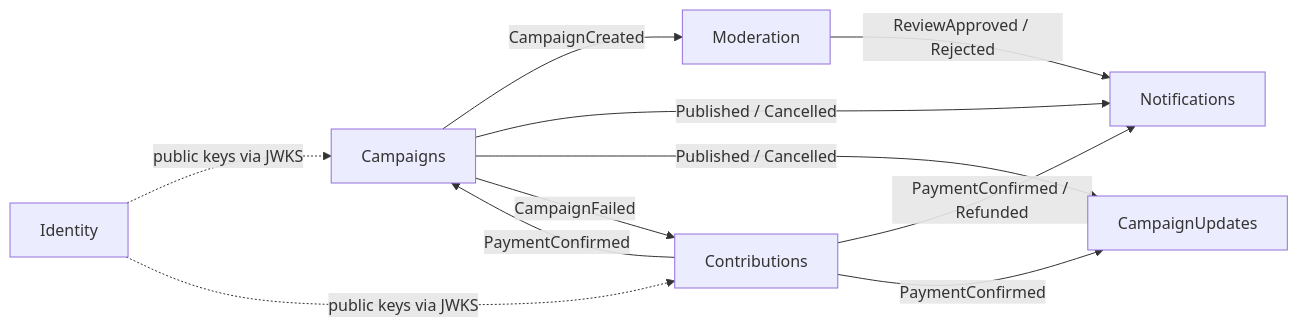
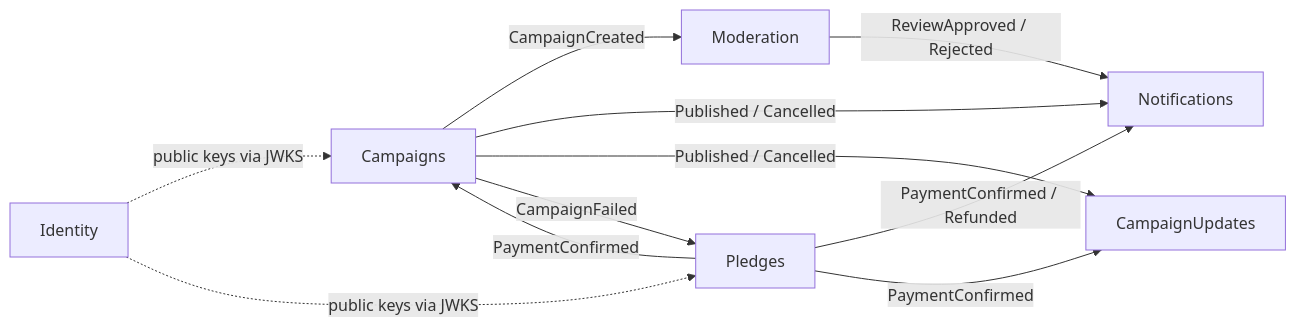
One commit to maysamgamini/crowdfundinghub changed the first of 2 diagrams in src/Modules/README.md. Above: the diagram before and after it, drawn with Mermaid. The commit also changed other lines of this file and 571 other files, not shown here.

````diff
--- a/src/Modules/README.md
+++ b/src/Modules/README.md
@@ -32,13 +32,13 @@
 ```mermaid
 flowchart LR
     Ca["Campaigns"] -- "CampaignCreated" --> Mo["Moderation"]
     Mo -- "ReviewApproved / Rejected" --> No["Notifications"]
     Ca -- "Published / Cancelled" --> No
     Ca -- "Published / Cancelled" --> Up["CampaignUpdates"]
-    Co["Contributions"] -- "PaymentConfirmed" --> Ca
+    Co["Pledges"] -- "PaymentConfirmed" --> Ca
     Co -- "PaymentConfirmed / Refunded" --> No
     Co -- "PaymentConfirmed" --> Up
     Ca -- "CampaignFailed" --> Co
     Id["Identity"] -. "public keys via JWKS" .-> Ca
     Id -. "public keys via JWKS" .-> Co
 ```
````
